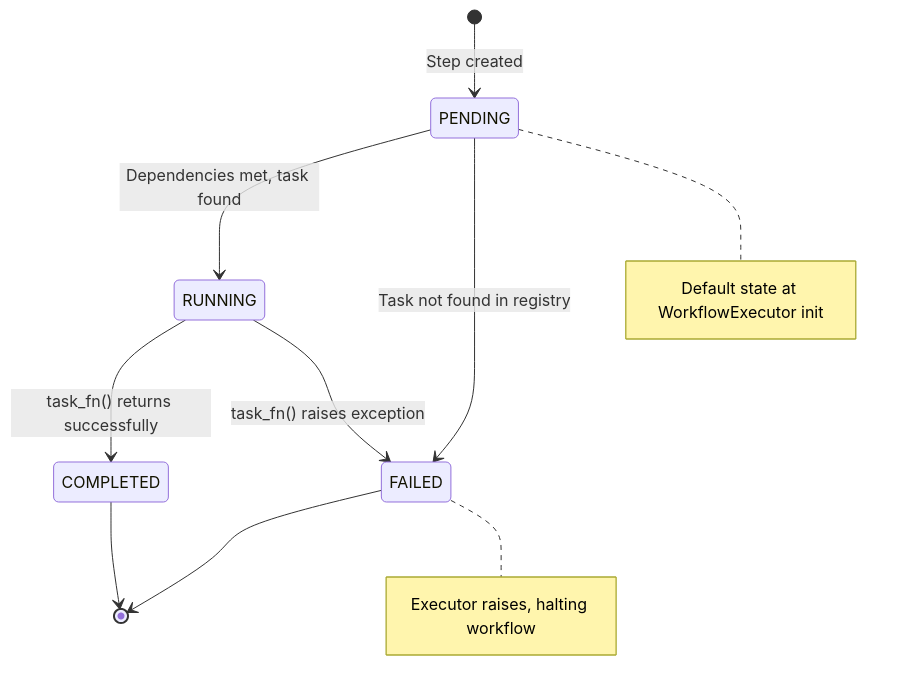
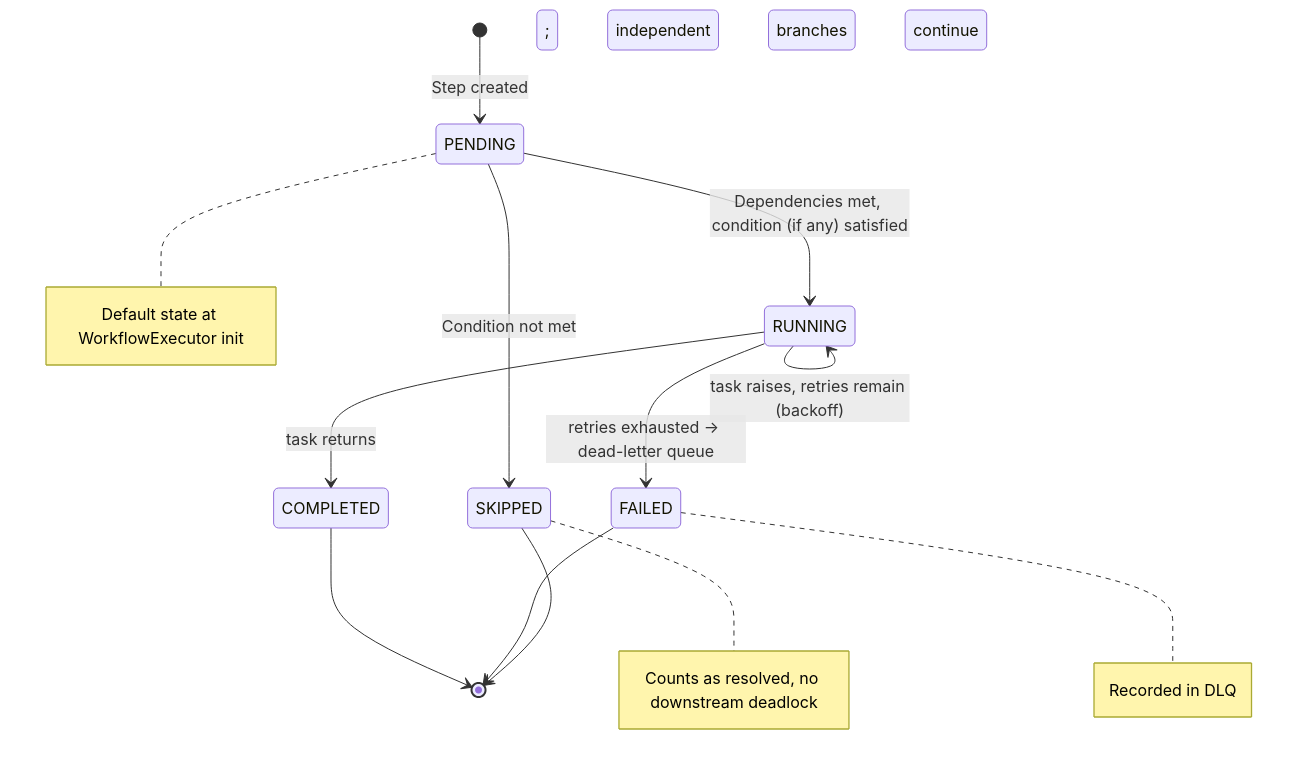
The third of 6 diagrams in docs/architecture.md (FishRaposo/async-workflow-engine), drawn with Mermaid before and after one commit. The commit also changed other lines of this file and 93 other files, not shown here.

````diff
--- a/docs/architecture.md
+++ b/docs/architecture.md
@@ -109,13 +122,16 @@
 ```mermaid
 stateDiagram-v2
     [*] --> PENDING: Step created
-    PENDING --> RUNNING: Dependencies met, task found
-    RUNNING --> COMPLETED: task_fn() returns successfully
-    RUNNING --> FAILED: task_fn() raises exception
-    PENDING --> FAILED: Task not found in registry
+    PENDING --> SKIPPED: Condition not met
+    PENDING --> RUNNING: Dependencies met, condition (if any) satisfied
+    RUNNING --> COMPLETED: task returns
+    RUNNING --> RUNNING: task raises, retries remain (backoff)
+    RUNNING --> FAILED: retries exhausted -> dead-letter queue
+    SKIPPED --> [*]
     FAILED --> [*]
     COMPLETED --> [*]
 
     note right of PENDING: Default state at WorkflowExecutor init
-    note right of FAILED: Executor raises, halting workflow
+    note right of FAILED: Recorded in DLQ; independent branches continue
+    note right of SKIPPED: Counts as resolved, no downstream deadlock
 ```
````
